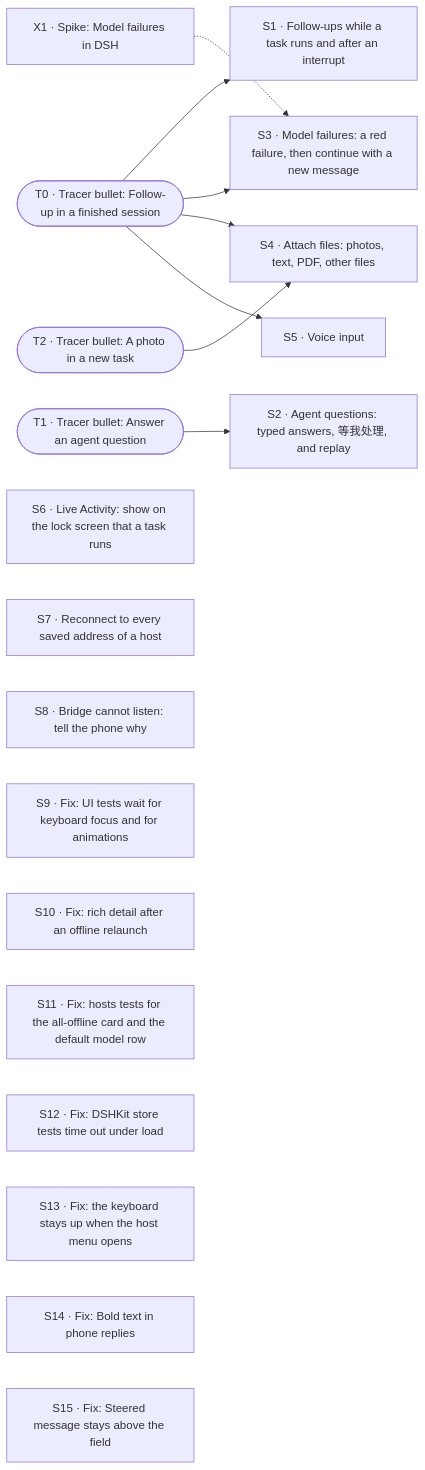
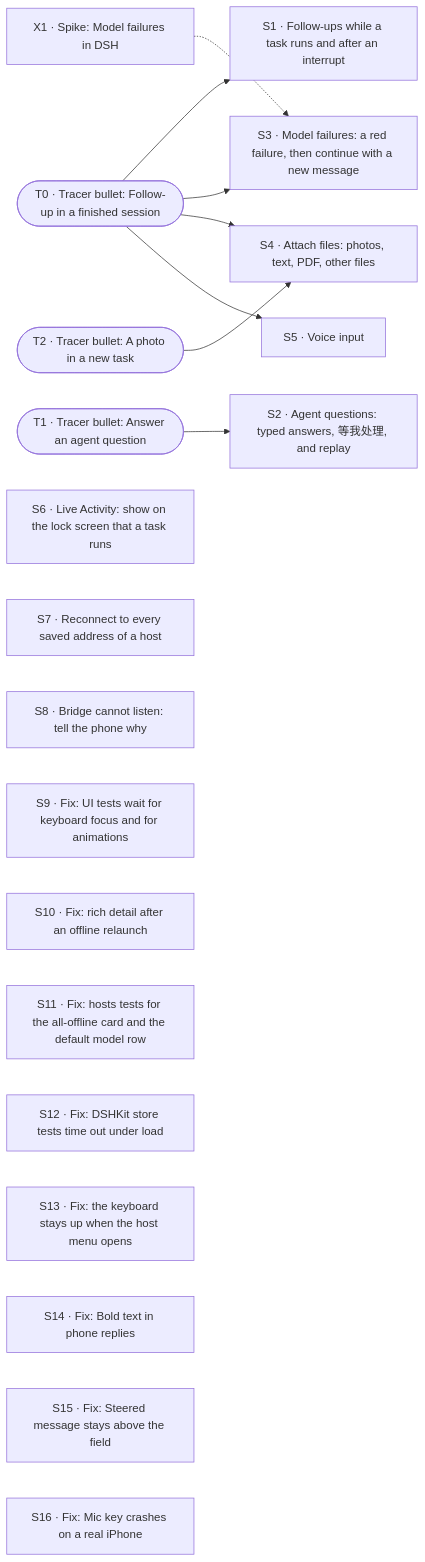
One commit to laichang/dsh-mobile changed the diagram in PLAN.md. Above: the diagram before and after it, drawn with Mermaid. The commit also changed other lines of this file, not shown here.

Commit message:
PLAN: S16 fix slice (Mic key crashes on a real iPhone)

````diff
--- a/PLAN.md
+++ b/PLAN.md
@@ -92,30 +93,31 @@
 ```mermaid
 flowchart LR
     T0(["T0 · Tracer bullet: Follow-up in a finished session"])
     T1(["T1 · Tracer bullet: Answer an agent question"])
     T2(["T2 · Tracer bullet: A photo in a new task"])
     X1["X1 · Spike: Model failures in DSH"]
     S1["S1 · Follow-ups while a task runs and after an interrupt"]
     S2["S2 · Agent questions: typed answers, 等我处理, and replay"]
     S3["S3 · Model failures: a red failure, then continue with a new message"]
     S4["S4 · Attach files: photos, text, PDF, other files"]
     S5["S5 · Voice input"]
     S6["S6 · Live Activity: show on the lock screen that a task runs"]
     S7["S7 · Reconnect to every saved address of a host"]
     S8["S8 · Bridge cannot listen: tell the phone why"]
     S9["S9 · Fix: UI tests wait for keyboard focus and for animations"]
     S10["S10 · Fix: rich detail after an offline relaunch"]
     S11["S11 · Fix: hosts tests for the all-offline card and the default model row"]
     S12["S12 · Fix: DSHKit store tests time out under load"]
     S13["S13 · Fix: the keyboard stays up when the host menu opens"]
     S14["S14 · Fix: Bold text in phone replies"]
     S15["S15 · Fix: Steered message stays above the field"]
+    S16["S16 · Fix: Mic key crashes on a real iPhone"]
 
     T0 --> S1
     T1 --> S2
     T0 --> S3
     X1 -.-> S3
     T0 --> S4
     T2 --> S4
     T0 --> S5
 ```
````
